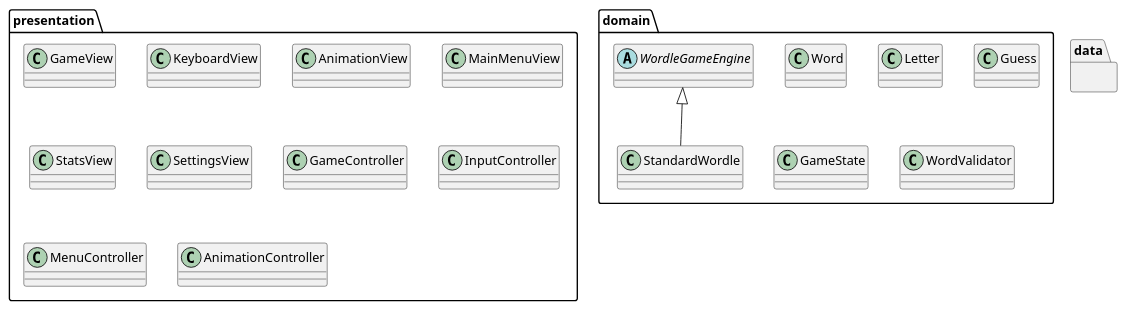
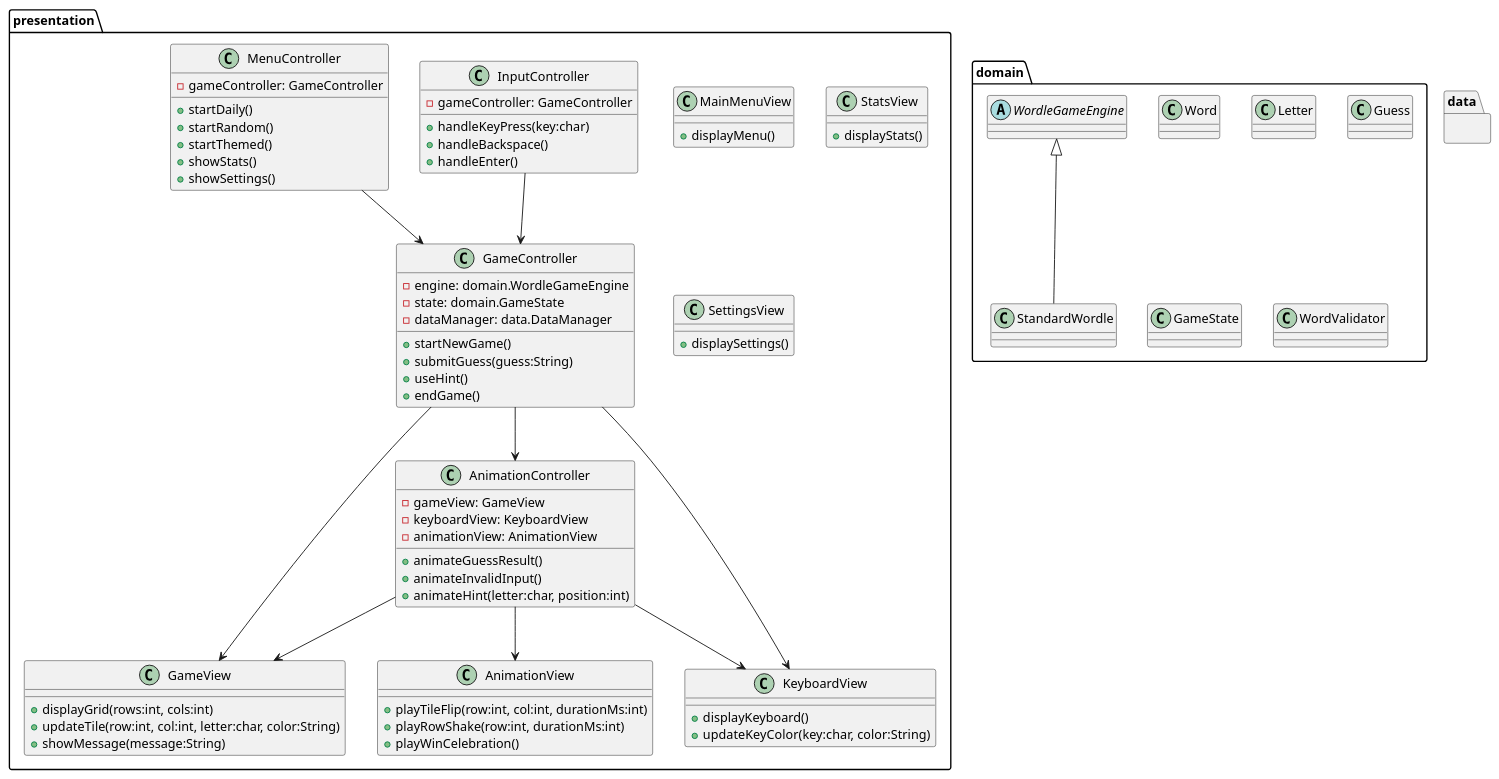
One commit to nu-cs-sw-design/project-20252601-cubes changed the diagram in docs/design/design.puml. Above: the diagram before and after it, drawn with PlantUML.

Commit message:
presentation layer+ relations

```diff
--- a/docs/design/design.puml
+++ b/docs/design/design.puml
@@ -1,36 +1,90 @@
 @startuml
 
 package presentation {
-     class GameView {}
-     class KeyboardView {}
-     class AnimationView {}
-     class MainMenuView {}
-     class StatsView {}
-     class SettingsView {}
+     class GameView {
+        + displayGrid(rows:int, cols:int)
+        + updateTile(row:int, col:int, letter:char, color:String)
+        + showMessage(message:String)
+     }
+     class KeyboardView {
+        + displayKeyboard()
+        + updateKeyColor(key:char, color:String)
+     }
+     class AnimationView {
+        + playTileFlip(row:int, col:int, durationMs:int)
+        + playRowShake(row:int, durationMs:int)
+        + playWinCelebration()
+     }
+     class MainMenuView {
+        + displayMenu()
+     }
+     class StatsView {
+        + displayStats()
+     }
+     class SettingsView {
+        + displaySettings()
+     }
 
-     class GameController {}
-     class InputController {}
-     class MenuController {}
-     class AnimationController {}
+     class GameController {
+        - engine: domain.WordleGameEngine
+        - state: domain.GameState
+        - dataManager: data.DataManager
+        + startNewGame()
+        + submitGuess(guess:String)
+        + useHint()
+        + endGame()
+     }
+     class InputController {
+        - gameController: GameController
+        + handleKeyPress(key:char)
+        + handleBackspace()
+        + handleEnter()
+     }
+     class MenuController {
+        - gameController: GameController
+        + startDaily()
+        + startRandom()
+        + startThemed()
+        + showStats()
+        + showSettings()
+     }
+     class AnimationController {
+        - gameView: GameView
+        - keyboardView: KeyboardView
+        - animationView: AnimationView
+        + animateGuessResult()
+        + animateInvalidInput()
+        + animateHint(letter:char, position:int)
+     }
  }
+ GameController --> GameView
+ GameController --> KeyboardView
+ GameController --> AnimationController
+
+ InputController --> GameController
+ MenuController --> GameController
+
+ AnimationController --> AnimationView
+ AnimationController --> GameView
+ AnimationController --> KeyboardView
 package domain {
     class Word {
     }
     class Letter {
     }
     class Guess {
     }
     abstract class WordleGameEngine {
     }
     class StandardWordle extends WordleGameEngine {
     }
     class GameState {
     }
     class WordValidator {
     }
 
 }
 package data {
 }
 
 @enduml
```
